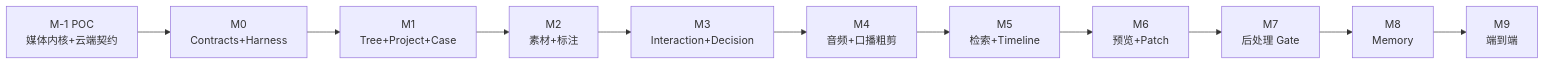
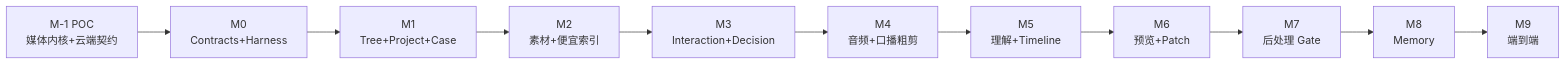
Before and after one commit to nanzhi84/Rushes: diagram 23 of 23 in chat_first_editing_agent_prd_v1_2.md, drawn with Mermaid. The commit also changed other lines of this file and 156 other files, not shown here.

````diff
--- a/chat_first_editing_agent_prd_v1_2.md
+++ b/chat_first_editing_agent_prd_v1_2.md
@@ -2063,13 +1984,13 @@
 ```mermaid
 flowchart LR
   M1N["M-1 POC<br/>媒体内核+云端契约"] --> M0["M0<br/>Contracts+Harness"]
   M0 --> M1["M1<br/>Tree+Project+Case"]
-  M1 --> M2["M2<br/>素材+标注"]
+  M1 --> M2["M2<br/>素材+便宜索引"]
   M2 --> M3["M3<br/>Interaction+Decision"]
   M3 --> M4["M4<br/>音频+口播粗剪"]
-  M4 --> M5["M5<br/>检索+Timeline"]
+  M4 --> M5["M5<br/>理解+Timeline"]
   M5 --> M6["M6<br/>预览+Patch"]
   M6 --> M7["M7<br/>后处理 Gate"]
   M7 --> M8["M8<br/>Memory"]
   M8 --> M9["M9<br/>端到端"]
 ```
````
